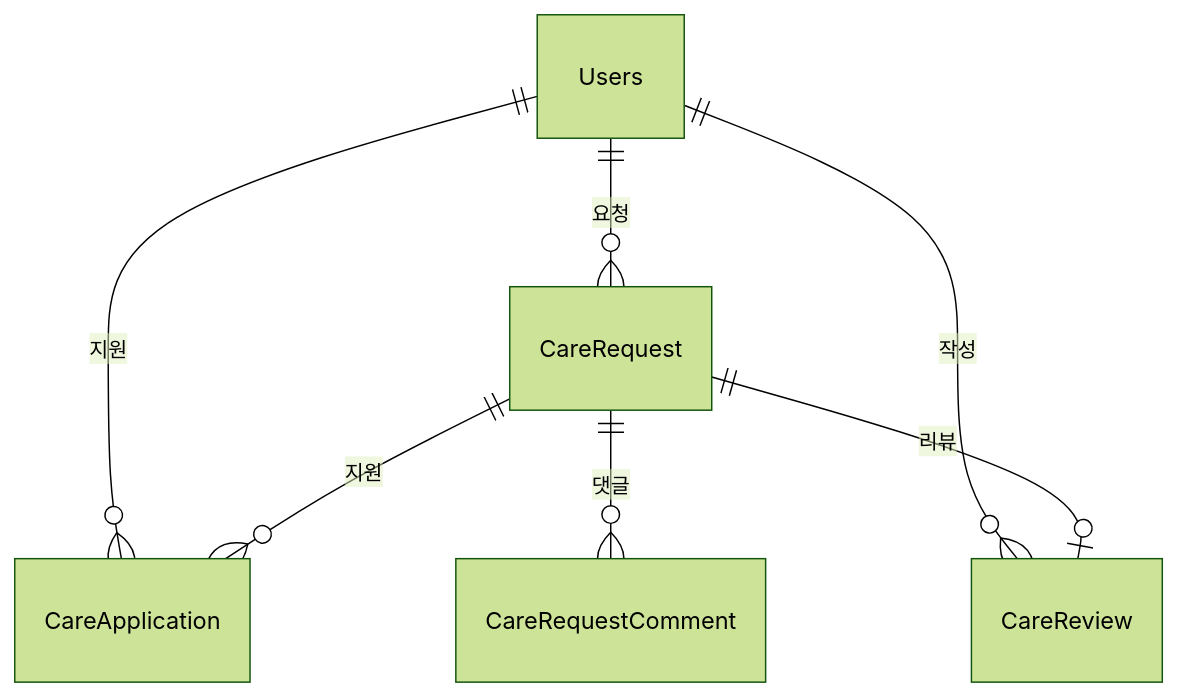
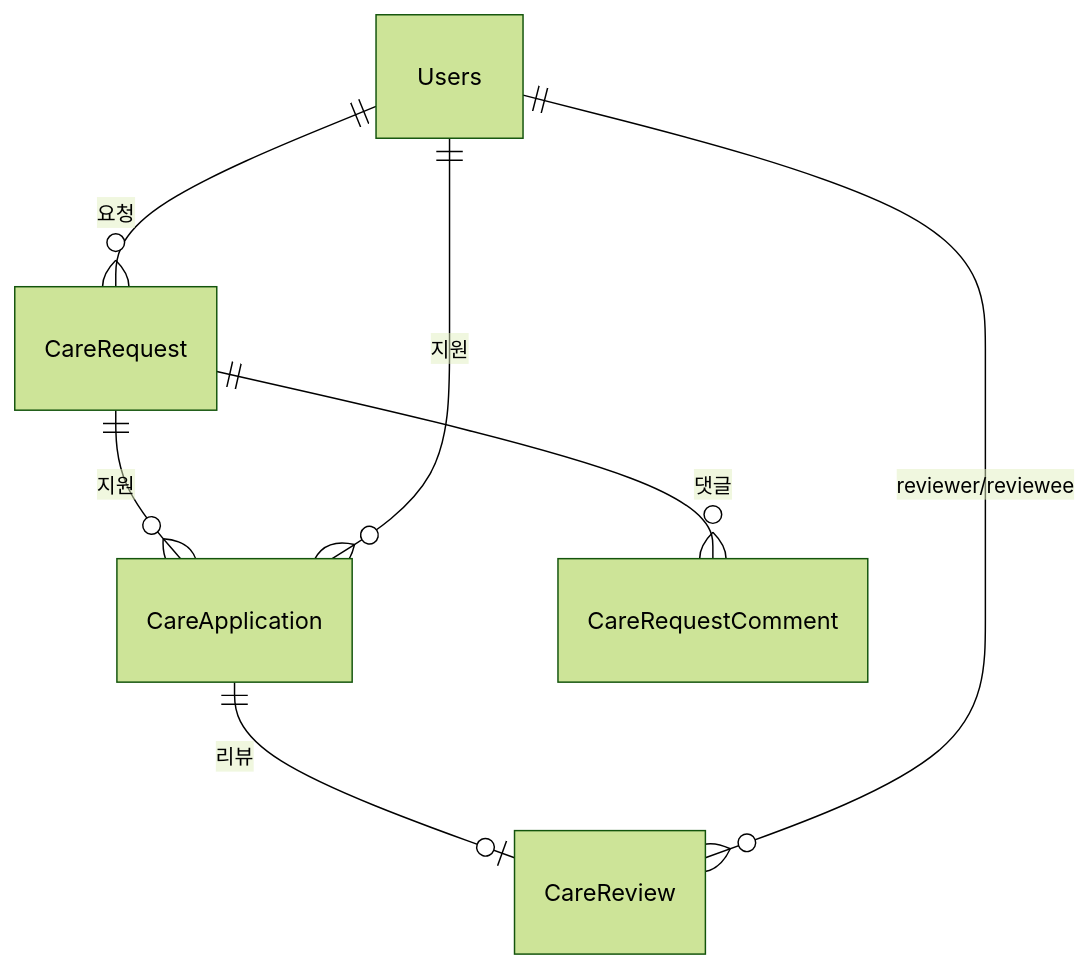
Before and after one commit to makkong1/Petory: the diagram in docs/domains/care.md, drawn with Mermaid (forest theme). The commit also changed other lines of this file and 14 other files, not shown here.

````diff
--- a/docs/domains/care.md
+++ b/docs/domains/care.md
@@ -493,9 +486,9 @@
 ```mermaid
 erDiagram
     Users ||--o{ CareRequest : "요청"
     CareRequest ||--o{ CareApplication : "지원"
-    CareRequest ||--o| CareReview : "리뷰"
+    CareApplication ||--o| CareReview : "리뷰"
     CareRequest ||--o{ CareRequestComment : "댓글"
     Users ||--o{ CareApplication : "지원"
-    Users ||--o{ CareReview : "작성"
+    Users ||--o{ CareReview : "reviewer/reviewee"
 ```
````
